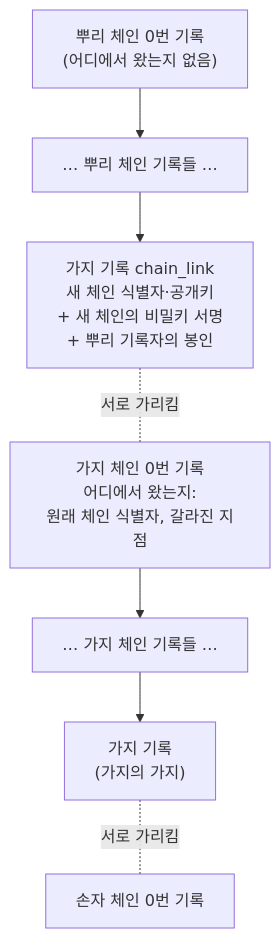
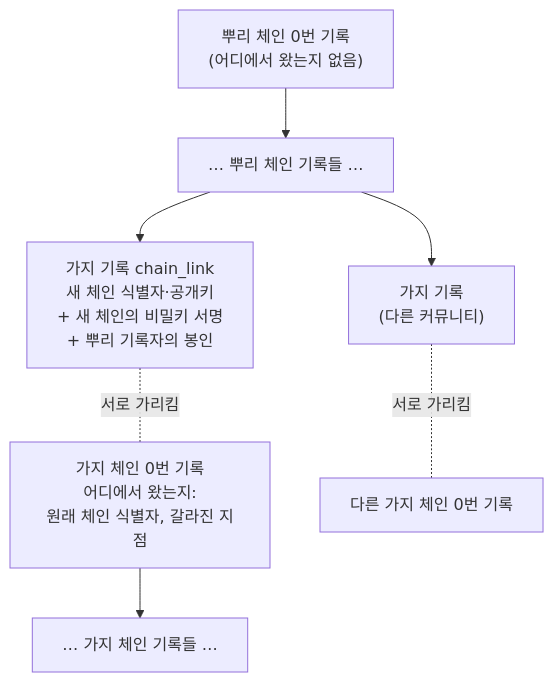
Before and after one commit to tanminkwan/share-ur-tokens: the first of 3 diagrams in dev/chain-policy.md, drawn with Mermaid. The commit also changed other lines of this file and 11 other files, not shown here.

````diff
--- a/dev/chain-policy.md
+++ b/dev/chain-policy.md
@@ -22,9 +25,9 @@
 ```mermaid
 flowchart TB
     R0["뿌리 체인 0번 기록<br/>(어디에서 왔는지 없음)"] --> R1["… 뿌리 체인 기록들 …"]
     R1 --> L["가지 기록 chain_link<br/>새 체인 식별자·공개키<br/>+ 새 체인의 비밀키 서명<br/>+ 뿌리 기록자의 봉인"]
     L -.서로 가리킴.- C0["가지 체인 0번 기록<br/>어디에서 왔는지:<br/>원래 체인 식별자, 갈라진 지점"]
     C0 --> C1["… 가지 체인 기록들 …"]
-    C1 --> L2["가지 기록<br/>(가지의 가지)"]
-    L2 -.서로 가리킴.- D0["손자 체인 0번 기록"]
+    R1 --> L3["가지 기록<br/>(다른 커뮤니티)"]
+    L3 -.서로 가리킴.- E0["다른 가지 체인 0번 기록"]
 ```
````
